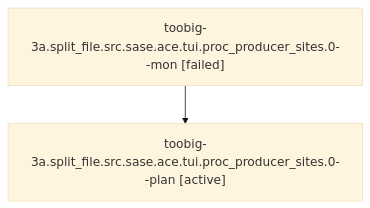
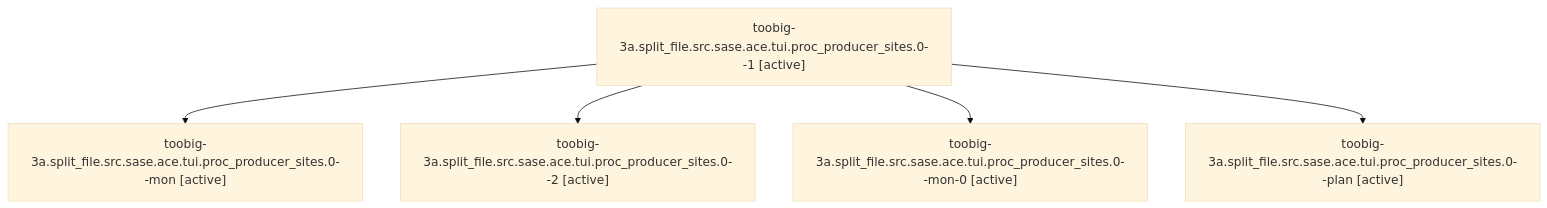
Before and after one commit to sase-org/sase--agents: the diagram in families/bbugyi200.athena.toobig-3a.split_file.src.sase.ace.tui.proc_producer_sites.0.md, drawn with Mermaid (base theme). The commit also changed other lines of this file and 35830 other files, not shown here.

````diff
--- a/families/bbugyi200.athena.toobig-3a.split_file.src.sase.ace.tui.proc_producer_sites.0.md
+++ b/families/bbugyi200.athena.toobig-3a.split_file.src.sase.ace.tui.proc_producer_sites.0.md
@@ -9,6 +9,12 @@
 ```mermaid
 flowchart TD
-  n0["toobig-3a.split_file.src.sase.ace.tui.proc_producer_sites.0--mon [failed]"]
-  n1["toobig-3a.split_file.src.sase.ace.tui.proc_producer_sites.0--plan [active]"]
+  n0["toobig-3a.split_file.src.sase.ace.tui.proc_producer_sites.0--1 [active]"]
+  n1["toobig-3a.split_file.src.sase.ace.tui.proc_producer_sites.0--mon [active]"]
   n0 --> n1
+  n2["toobig-3a.split_file.src.sase.ace.tui.proc_producer_sites.0--2 [active]"]
+  n0 --> n2
+  n3["toobig-3a.split_file.src.sase.ace.tui.proc_producer_sites.0--mon-0 [active]"]
+  n0 --> n3
+  n4["toobig-3a.split_file.src.sase.ace.tui.proc_producer_sites.0--plan [active]"]
+  n0 --> n4
 ```
````
